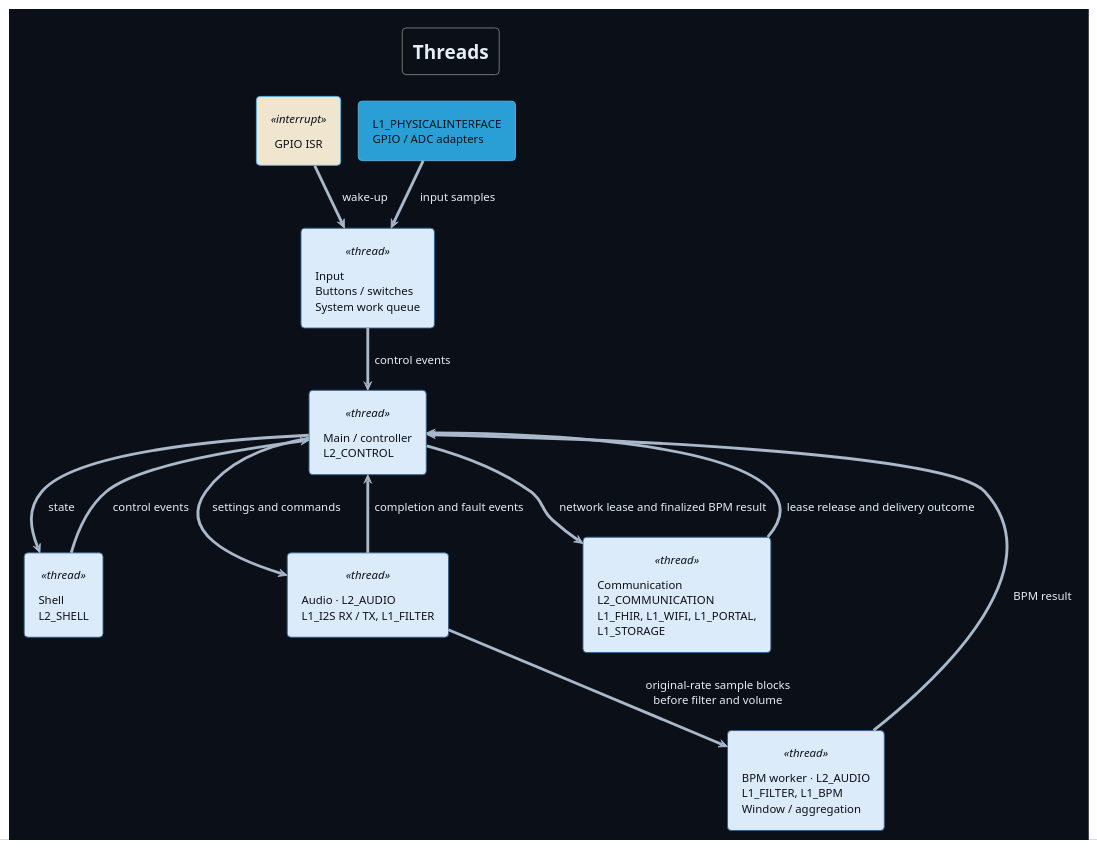
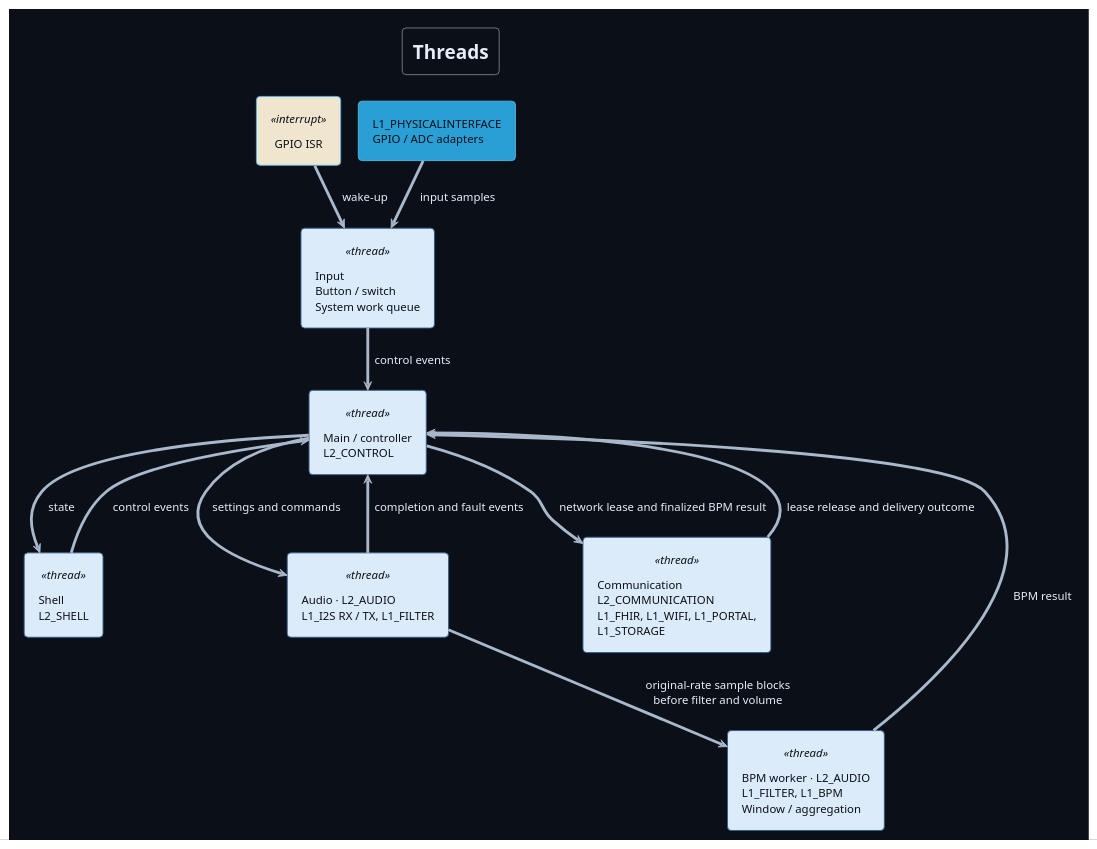
The diagram in Development/system/architecture/system/puml/runtime-ownership.puml (DemonicPsychoII/DigitalStethoscope), drawn with PlantUML before and after one commit. The commit also changed 120 other files, not shown here.

```diff
--- a/Development/system/architecture/system/puml/runtime-ownership.puml
+++ b/Development/system/architecture/system/puml/runtime-ownership.puml
@@ -1,49 +1,41 @@
 @startuml runtime_ownership
 !theme cyborg
 !pragma layout smetana
 skinparam shadowing false
 skinparam backgroundColor #0b1018
 skinparam defaultFontColor #e6edf7
 skinparam ArrowColor #a9b8ca
 skinparam component {
  FontColor #0b1018
- BackgroundColor<<optional>> #273241
- BorderColor<<optional>> #61738a
- FontColor<<optional>> #b8c4d4
-}
-skinparam artifact {
- BackgroundColor<<optional>> #273241
- BorderColor<<optional>> #61738a
- FontColor<<optional>> #b8c4d4
 }
 skinparam componentStyle rectangle
 skinparam defaultFontName SansSerif
 title Threads
 top to bottom direction
 skinparam component {
  BackgroundColor<<thread>> #DCEBFA
  BorderColor<<thread>> #345E87
  FontColor<<thread>> #0b1018
  BackgroundColor<<interrupt>> #F0E5CF
  FontColor<<interrupt>> #0b1018
 }
 component "GPIO ISR" as irq <<interrupt>>
 component "L1_PHYSICALINTERFACE\nGPIO / ADC adapters" as adapters
-component "Input\nButtons / switches\nSystem work queue" as inp <<thread>>
+component "Input\nButton / switch\nSystem work queue" as inp <<thread>>
 component "Shell\nL2_SHELL" as shell <<thread>>
 component "Main / controller\nL2_CONTROL" as ctl <<thread>>
 component "Audio · L2_AUDIO\nL1_I2S RX / TX, L1_FILTER" as audio <<thread>>
 component "BPM worker · L2_AUDIO\nL1_FILTER, L1_BPM\nWindow / aggregation" as bpm <<thread>>
 component "Communication\nL2_COMMUNICATION\nL1_FHIR, L1_WIFI, L1_PORTAL,\nL1_STORAGE" as net <<thread>>
 irq --> inp : wake-up
 adapters --> inp : input samples
 inp --> ctl : control events
 shell --> ctl : control events
 ctl --> shell : state
 ctl --> audio : settings and commands
 audio --> bpm : original-rate sample blocks\nbefore filter and volume
 bpm --> ctl : BPM result
 audio --> ctl : completion and fault events
 ctl --> net : network lease and finalized BPM result
 net --> ctl : lease release and delivery outcome
 @enduml
```
